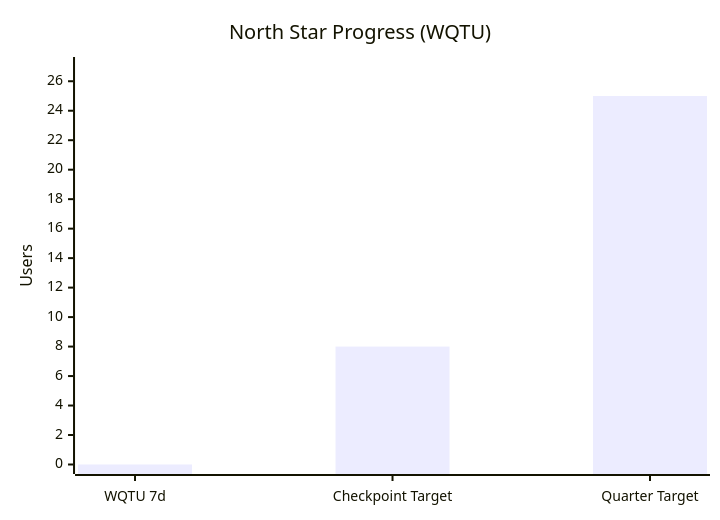
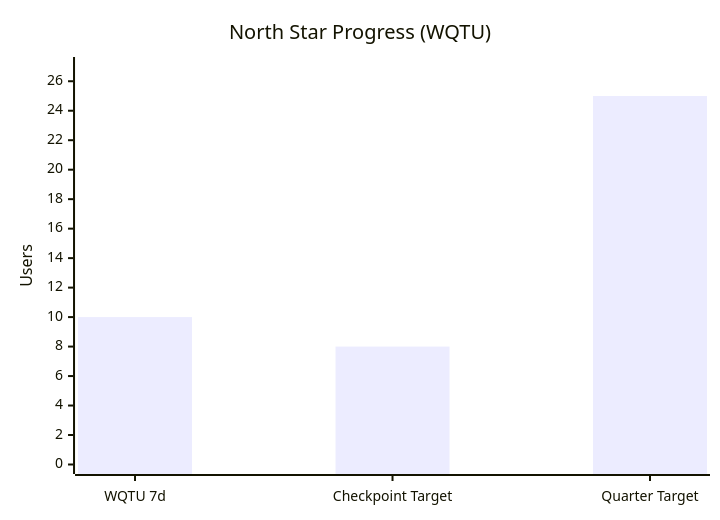
One commit to IgorGanapolsky/Random-Timer changed the second of 4 diagrams in wiki/Paid-Acquisition.md. Above: the diagram before and after it, drawn with Mermaid. The commit also changed other lines of this file and 534 other files, not shown here.

````diff
--- a/wiki/Paid-Acquisition.md
+++ b/wiki/Paid-Acquisition.md
@@ -51,7 +50,7 @@
 ```mermaid
 xychart-beta
     title "North Star Progress (WQTU)"
     x-axis ["WQTU 7d" , "Checkpoint Target" , "Quarter Target"]
     y-axis "Users" 0 --> 27
-    bar [0 , 8 , 25]
+    bar [10 , 8 , 25]
 ```
````
